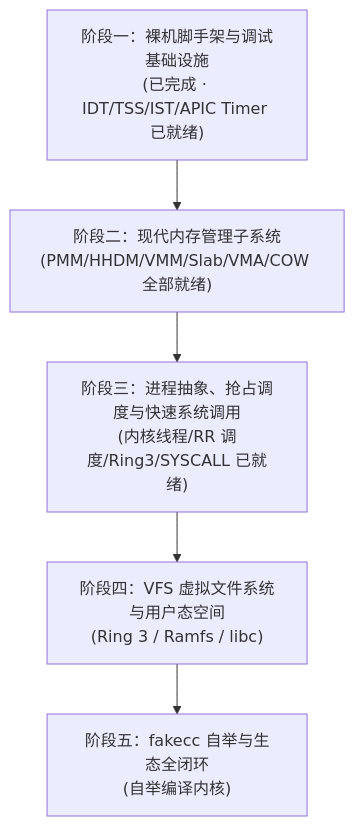
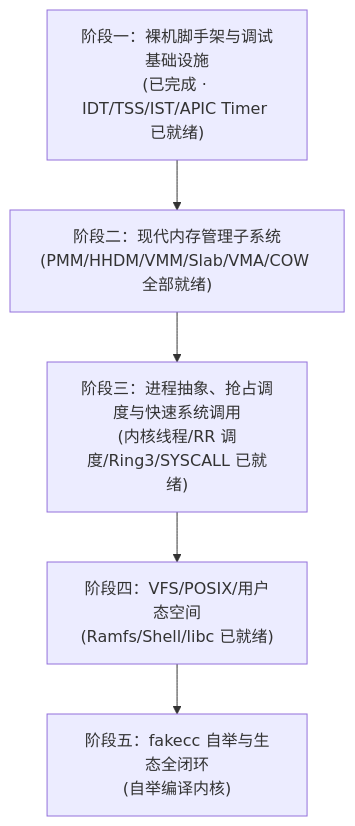
One commit to esrrhs/fakeos changed the diagram in README.md. Above: the diagram before and after it, drawn with Mermaid. The commit also changed other lines of this file and 28 other files, not shown here.

First line of the commit message:
feat: milestone 4 - VFS, Ramfs, POSIX syscalls, serial TTY, libc and shell

````diff
--- a/README.md
+++ b/README.md
@@ -80,6 +80,6 @@
 ```mermaid
 flowchart TD
     M1["阶段一：裸机脚手架与调试基础设施<br/>(已完成 · IDT/TSS/IST/APIC Timer 已就绪)"] --> M2["阶段二：现代内存管理子系统<br/>(PMM/HHDM/VMM/Slab/VMA/COW 全部就绪)"] --> M3["阶段三：进程抽象、抢占调度与快速系统调用<br/>(内核线程/RR 调度/Ring3/SYSCALL 已就绪)"]
-    M3 --> M4["阶段四：VFS 虚拟文件系统与用户态空间<br/>(Ring 3 / Ramfs / libc)"]
+    M3 --> M4["阶段四：VFS/POSIX/用户态空间<br/>(Ramfs/Shell/libc 已就绪)"]
     M4 --> M5["阶段五：fakecc 自举与生态全闭环<br/>(自举编译内核)"]
 ```
````
